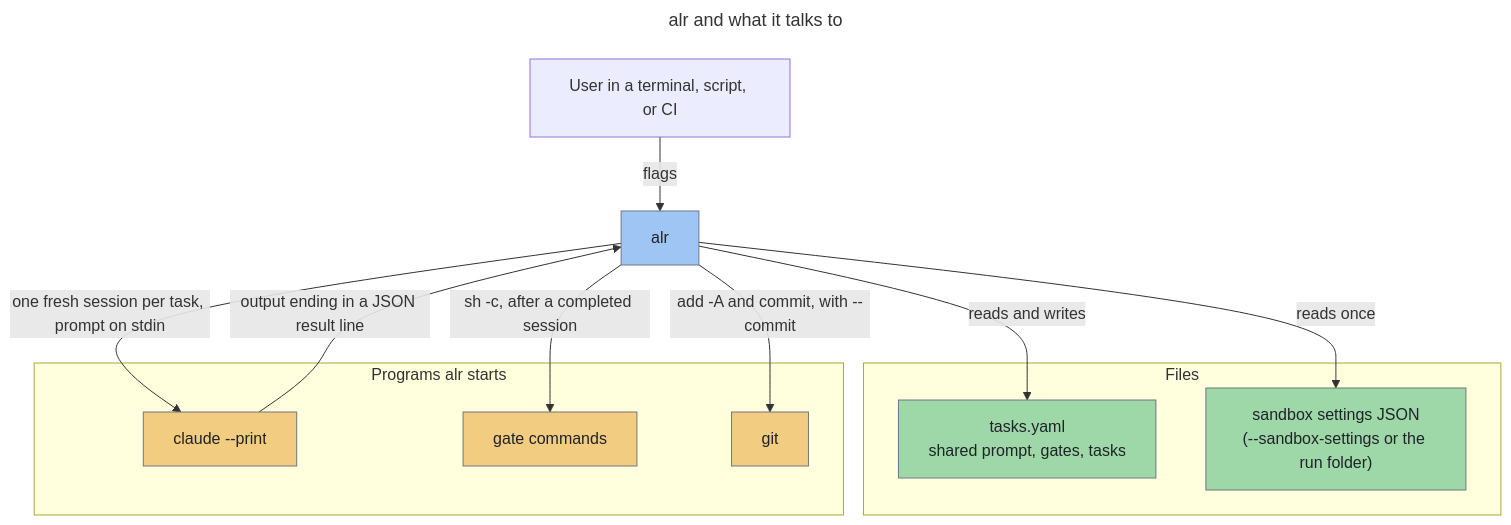
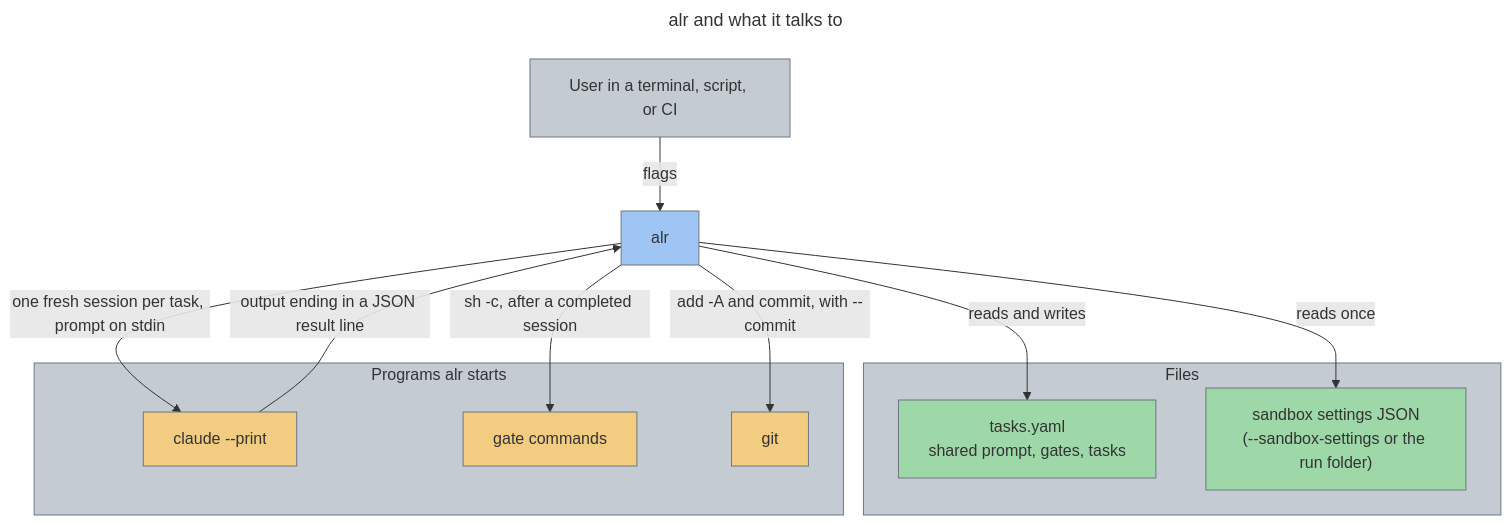
The diagram in docs/design/00_overview.md (twistingmercury/agentic_loop_runner), drawn with Mermaid before and after one commit. The commit also changed other lines of this file and 1 other file, not shown here.

Commit message:
Make the overview diagram text dark on every block
Set the text color to #333333 in every diagram block and give the user
box and the two subgraphs an explicit fill, so no block takes its text
color from the viewer's theme.

````diff
--- a/docs/design/00_overview.md
+++ b/docs/design/00_overview.md
@@ -30,31 +30,34 @@
 ```mermaid
 ---
 title: alr and what it talks to
 ---
 flowchart TD
-    user["User in a terminal, script, or CI"]
+    user["User in a terminal, script, or CI"]:::gray
     alr["alr"]:::blue
 
     subgraph files["Files"]
         tasks["tasks.yaml<br/>shared prompt, gates, tasks"]:::green
         sandbox["sandbox settings JSON<br/>(--sandbox-settings or the run folder)"]:::green
     end
 
     subgraph programs["Programs alr starts"]
         claude["claude --print"]:::amber
         gates["gate commands"]:::amber
         git["git"]:::amber
     end
 
     user -->|flags| alr
     alr -->|reads and writes| tasks
     alr -->|reads once| sandbox
     alr -->|"one fresh session per task, prompt on stdin"| claude
     claude -->|"output ending in a JSON result line"| alr
     alr -->|"sh -c, after a completed session"| gates
     alr -->|"add -A and commit, with --commit"| git
 
-    classDef blue fill:#9ec5f4,stroke:#6e7781,color:#1f2328
-    classDef green fill:#9fd8a8,stroke:#6e7781,color:#1f2328
-    classDef amber fill:#f2cc80,stroke:#6e7781,color:#1f2328
+    classDef blue fill:#9ec5f4,stroke:#6e7781,color:#333333
+    classDef green fill:#9fd8a8,stroke:#6e7781,color:#333333
+    classDef amber fill:#f2cc80,stroke:#6e7781,color:#333333
+    classDef gray fill:#c4cbd3,stroke:#6e7781,color:#333333
+    style files fill:#c4cbd3,stroke:#6e7781,color:#333333
+    style programs fill:#c4cbd3,stroke:#6e7781,color:#333333
 ```
````
